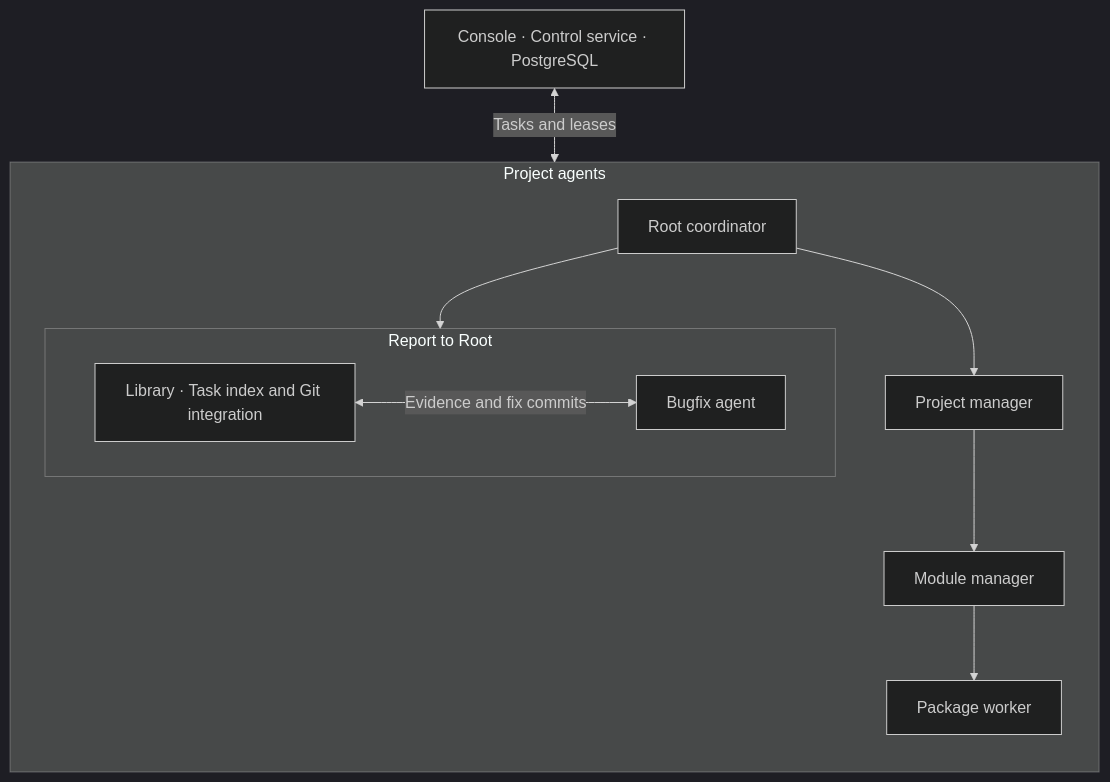
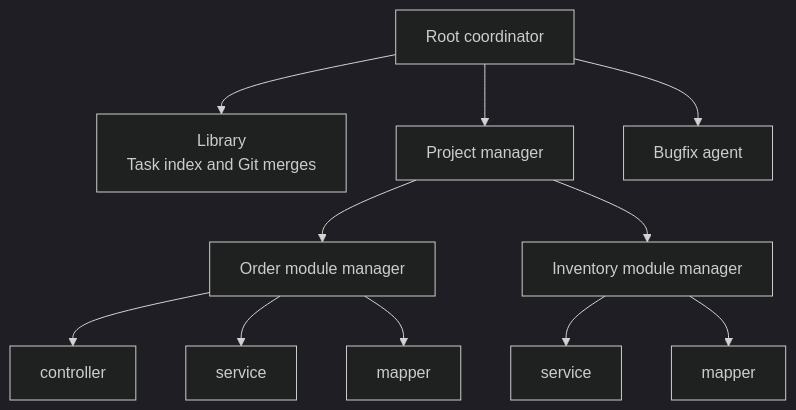
The second of 2 diagrams in README.md (William-StarX/Multi-Agent-Development-Platform-for-Java), drawn with Mermaid (dark theme) before and after one commit. The commit also changed other lines of this file, not shown here.

Commit message:
Show JDDA agent hierarchy as a tree

````diff
--- a/README.md
+++ b/README.md
@@ -52,13 +53,14 @@
 ```mermaid
 flowchart TB
-    control["Console · Control service · PostgreSQL"] <-->|"Tasks and leases"| agents
-    subgraph agents["Project agents"]
-        direction TB
-        root["Root coordinator"] --> middle["Project manager"] --> scope["Module manager"] --> worker["Package worker"]
-        root --> specialists
-        subgraph specialists["Report to Root"]
-            direction LR
-            library["Library · Task index and Git integration"] <-->|"Evidence and fix commits"| bugfix["Bugfix agent"]
-        end
-    end
+    accTitle: JDDA agent tree
+    root["Root coordinator"] --> library["Library<br/>Task index and Git merges"]
+    root --> middle["Project manager"]
+    root --> bugfix["Bugfix agent"]
+    middle --> order["Order module manager"]
+    middle --> inventory["Inventory module manager"]
+    order --> orderController["controller"]
+    order --> orderService["service"]
+    order --> orderMapper["mapper"]
+    inventory --> inventoryService["service"]
+    inventory --> inventoryMapper["mapper"]
 ```
````
